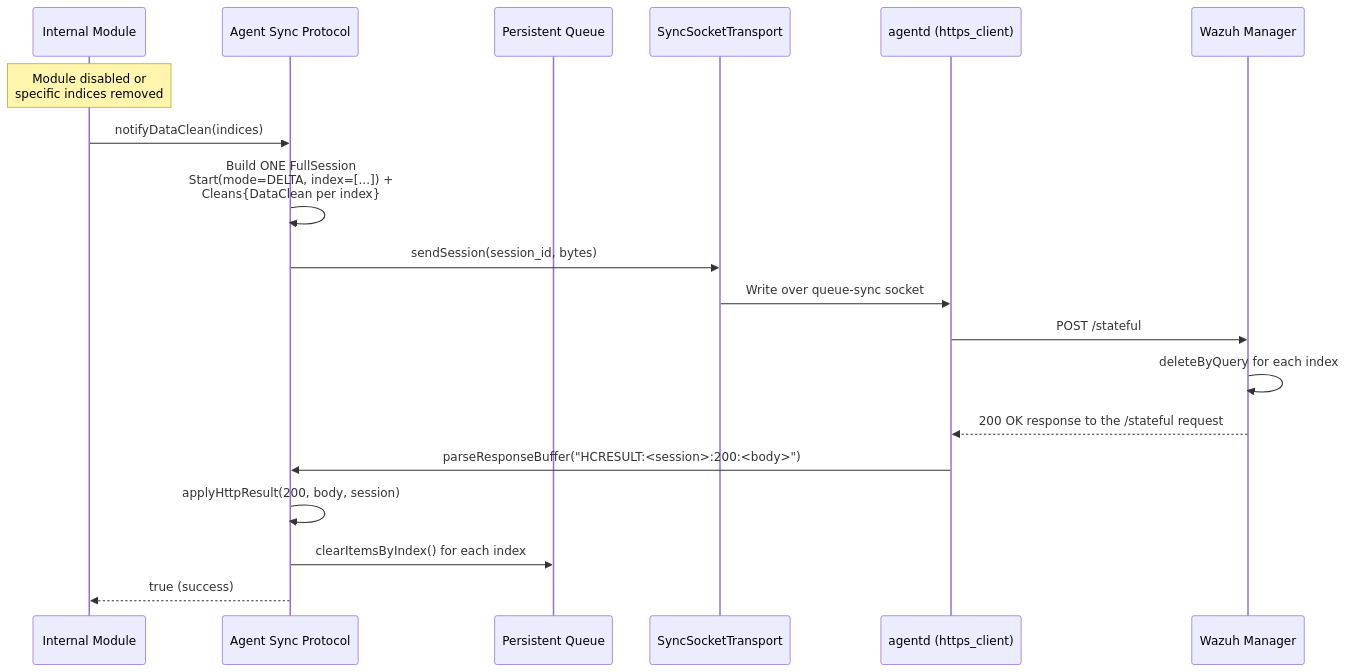
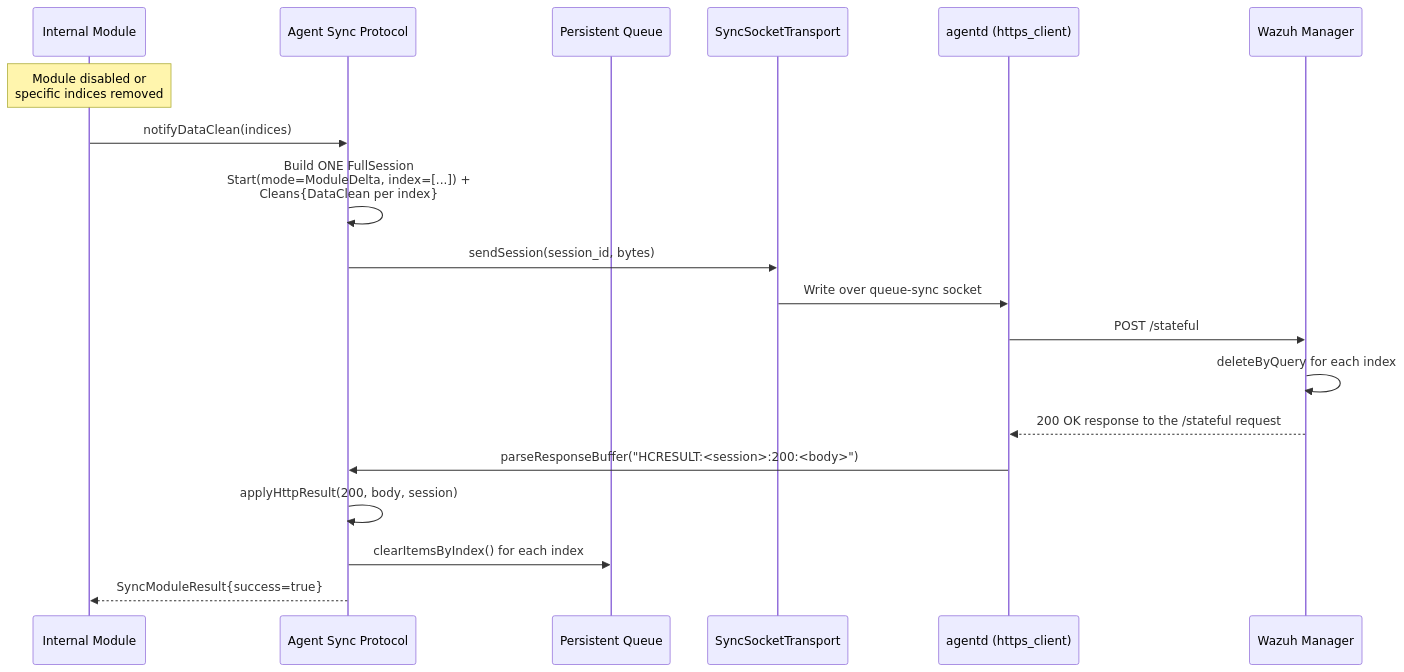
The seventh of 12 diagrams in docs/ref/modules/utils/sync-protocol/sequence-diagrams.md (wazuh/wazuh), drawn with Mermaid before and after one commit. The commit also changed other lines of this file and 147 other files, not shown here.

````diff
--- a/docs/ref/modules/utils/sync-protocol/sequence-diagrams.md
+++ b/docs/ref/modules/utils/sync-protocol/sequence-diagrams.md
@@ -176,27 +176,27 @@
 ```mermaid
 sequenceDiagram
     participant Module as Internal Module
     participant ASP as Agent Sync Protocol
     participant Queue as Persistent Queue
     participant Transport as SyncSocketTransport
     participant AD as agentd (https_client)
     participant Manager as Wazuh Manager
 
     Note over Module: Module disabled or<br/>specific indices removed
 
     Module->>ASP: notifyDataClean(indices)
 
-    ASP->>ASP: Build ONE FullSession<br/>Start(mode=DELTA, index=[...]) +<br/>Cleans{DataClean per index}
+    ASP->>ASP: Build ONE FullSession<br/>Start(mode=ModuleDelta, index=[...]) +<br/>Cleans{DataClean per index}
     ASP->>Transport: sendSession(session_id, bytes)
     Transport->>AD: Write over queue-sync socket
     AD->>Manager: POST /stateful
 
     Manager->>Manager: deleteByQuery for each index
 
     Manager-->>AD: 200 OK response to the /stateful request
     AD->>ASP: parseResponseBuffer("HCRESULT:<session>:200:<body>")
     ASP->>ASP: applyHttpResult(200, body, session)
     ASP->>Queue: clearItemsByIndex() for each index
 
-    ASP-->>Module: true (success)
+    ASP-->>Module: SyncModuleResult{success=true}
 ```
````
